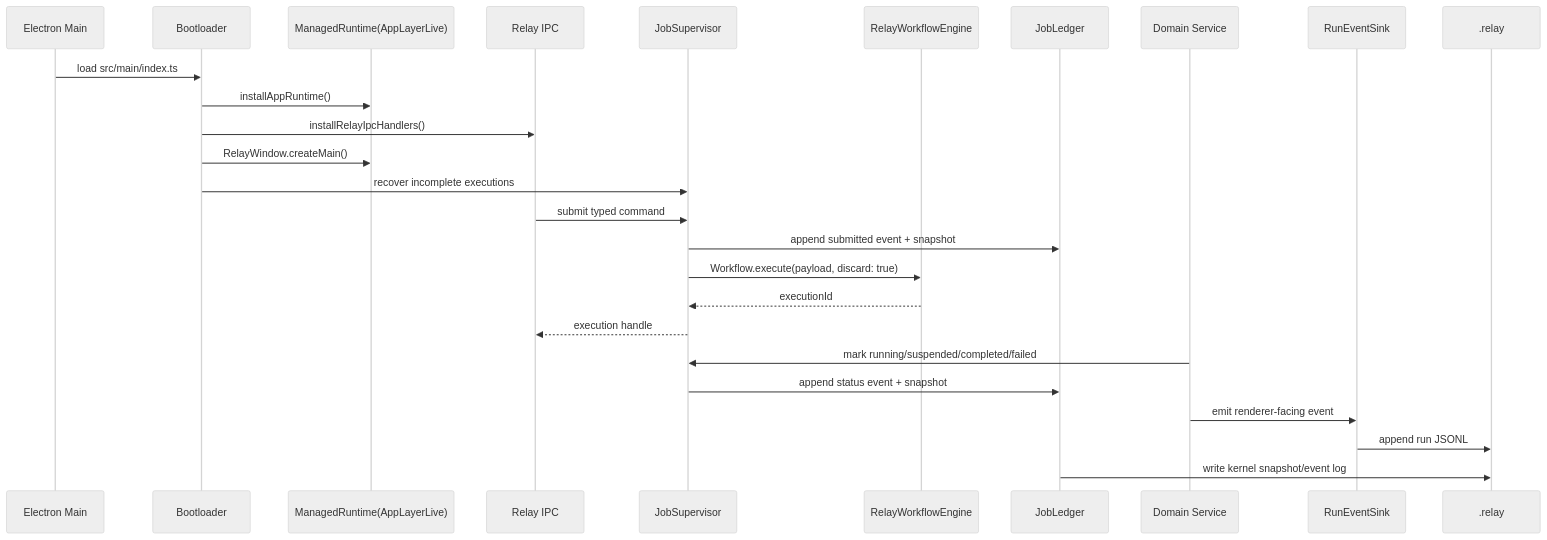
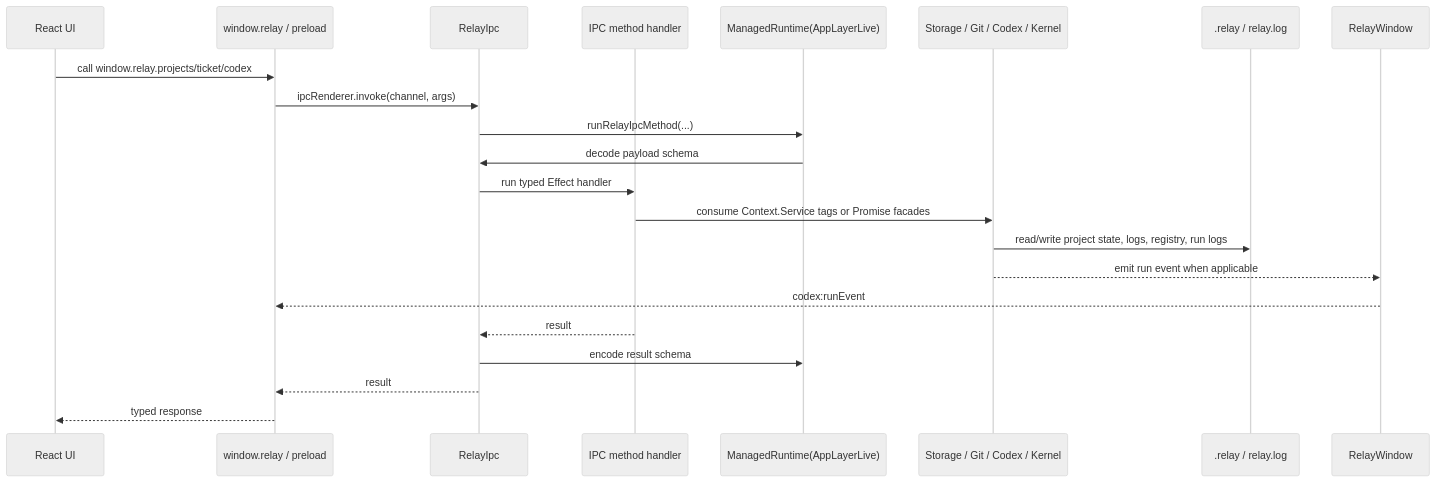
Before and after one commit to robertpitt/codex-relay: the second of 3 diagrams in docs/effect-layered-architecture.md, drawn with Mermaid (neutral theme). The commit also changed other lines of this file and 176 other files, not shown here.

````diff
--- a/docs/effect-layered-architecture.md
+++ b/docs/effect-layered-architecture.md
@@ -117,31 +114,25 @@
 ```mermaid
 sequenceDiagram
-  participant Root as Electron Main
-  participant Boot as Bootloader
+  participant UI as React UI
+  participant Preload as window.relay / preload
+  participant Ipc as RelayIpc
+  participant Method as IPC method handler
   participant Runtime as ManagedRuntime(AppLayerLive)
-  participant IPC as Relay IPC
-  participant Supervisor as JobSupervisor
-  participant WF as RelayWorkflowEngine
-  participant Ledger as JobLedger
-  participant Domain as Domain Service
-  participant Events as RunEventSink
-  participant Disk as .relay
+  participant Service as Storage / Git / Codex / Kernel
+  participant Disk as .relay / relay.log
+  participant Window as RelayWindow
 
-  Root->>Boot: load src/main/index.ts
-  Boot->>Runtime: installAppRuntime()
-  Boot->>IPC: installRelayIpcHandlers()
-  Boot->>Runtime: RelayWindow.createMain()
-  Boot->>Supervisor: recover incomplete executions
-
-  IPC->>Supervisor: submit typed command
-  Supervisor->>Ledger: append submitted event + snapshot
-  Supervisor->>WF: Workflow.execute(payload, discard: true)
-  WF-->>Supervisor: executionId
-  Supervisor-->>IPC: execution handle
-
-  Domain->>Supervisor: mark running/suspended/completed/failed
-  Supervisor->>Ledger: append status event + snapshot
-  Domain->>Events: emit renderer-facing event
-  Events->>Disk: append run JSONL
-  Ledger->>Disk: write kernel snapshot/event log
+  UI->>Preload: call window.relay.projects/ticket/codex
+  Preload->>Ipc: ipcRenderer.invoke(channel, args)
+  Ipc->>Runtime: runRelayIpcMethod(...)
+  Runtime->>Ipc: decode payload schema
+  Ipc->>Method: run typed Effect handler
+  Method->>Service: consume Context.Service tags or Promise facades
+  Service->>Disk: read/write project state, logs, registry, run logs
+  Service-->>Window: emit run event when applicable
+  Window-->>Preload: codex:runEvent
+  Method-->>Ipc: result
+  Ipc->>Runtime: encode result schema
+  Ipc-->>Preload: result
+  Preload-->>UI: typed response
 ```
````
